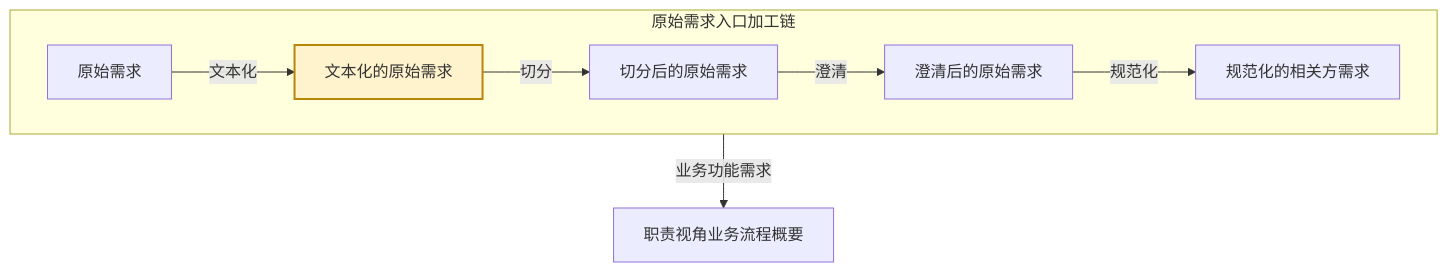
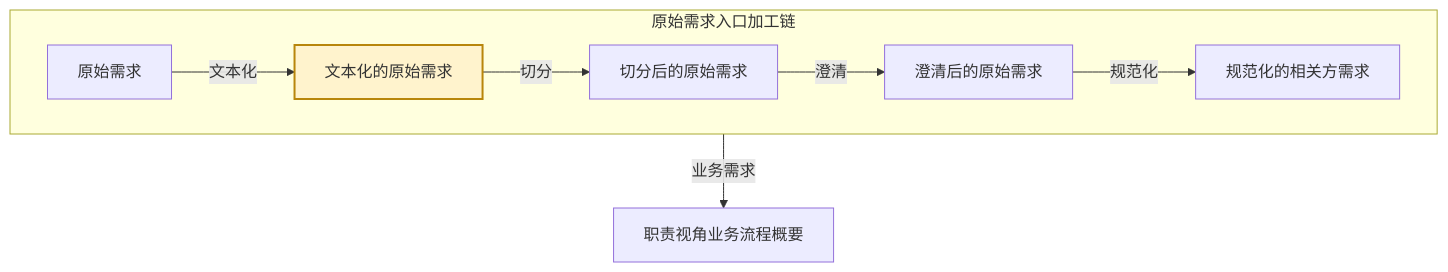
The diagram in 20-pl4eos/10-pl4eos-subpl-sysdev/00-presysdev-4-eos/eos-or00-x2md.md (Yongjunzhou/AOS-system-design), drawn with Mermaid before and after one commit. The commit also changed other lines of this file and 14 other files, not shown here.

````diff
--- a/20-pl4eos/10-pl4eos-subpl-sysdev/00-presysdev-4-eos/eos-or00-x2md.md
+++ b/20-pl4eos/10-pl4eos-subpl-sysdev/00-presysdev-4-eos/eos-or00-x2md.md
@@ -30,13 +30,13 @@
 ```mermaid
 flowchart TD
     subgraph S0["原始需求入口加工链"]
         direction LR
         m0["原始需求"] -->|文本化| m1["文本化的原始需求"]
         m1 -->|切分| m2["切分后的原始需求"]
         m2 -->|澄清| m3["澄清后的原始需求"]
         m3 -->|规范化| m4["规范化的相关方需求"]
     end
-    m4 -->|业务功能需求| d1["职责视角业务流程概要"]
+    m4 -->|业务需求| d1["职责视角业务流程概要"]
     classDef here fill:#fff3cd,stroke:#b8860b,stroke-width:2px
     class m1 here
 ```
````
